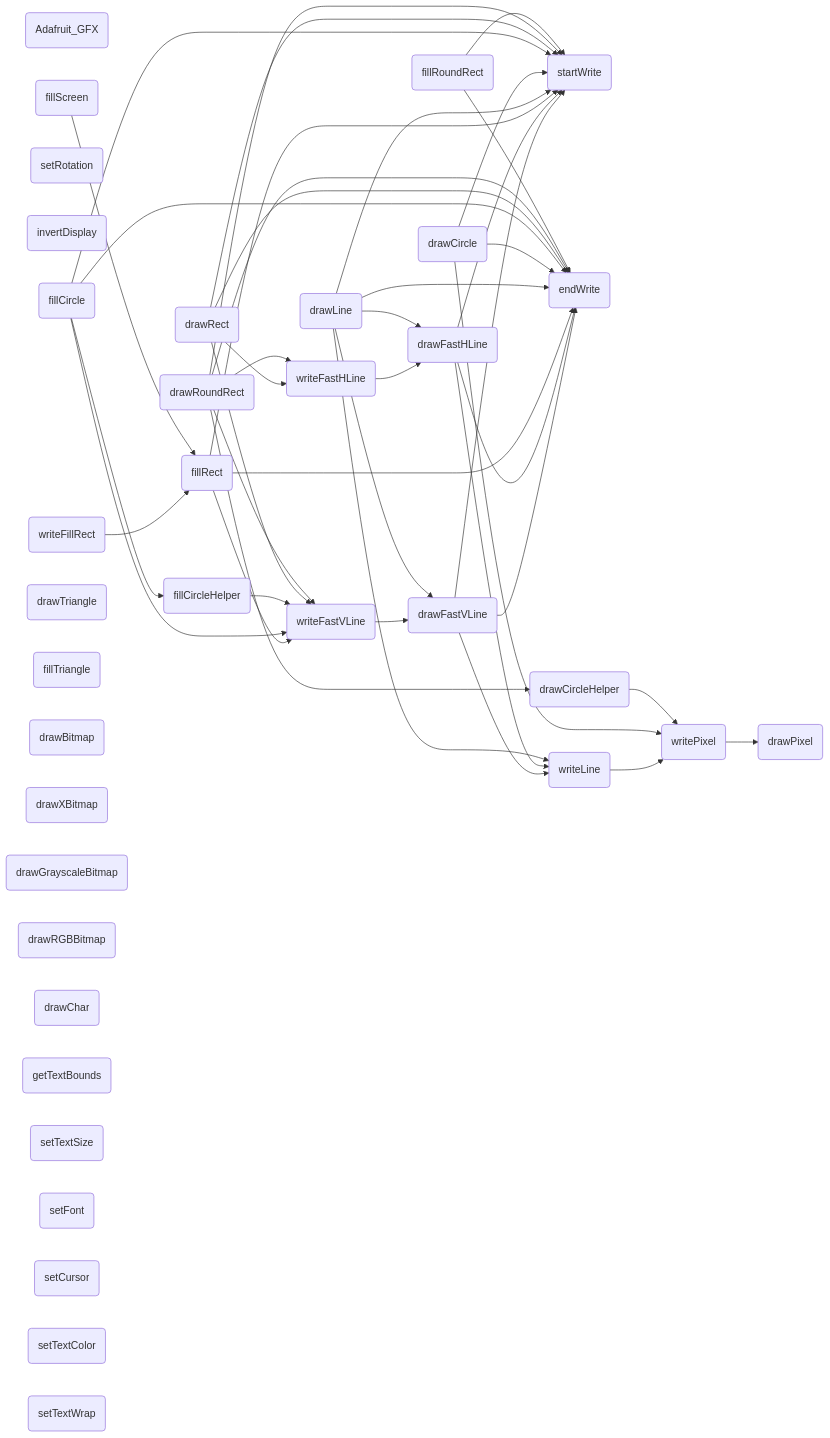
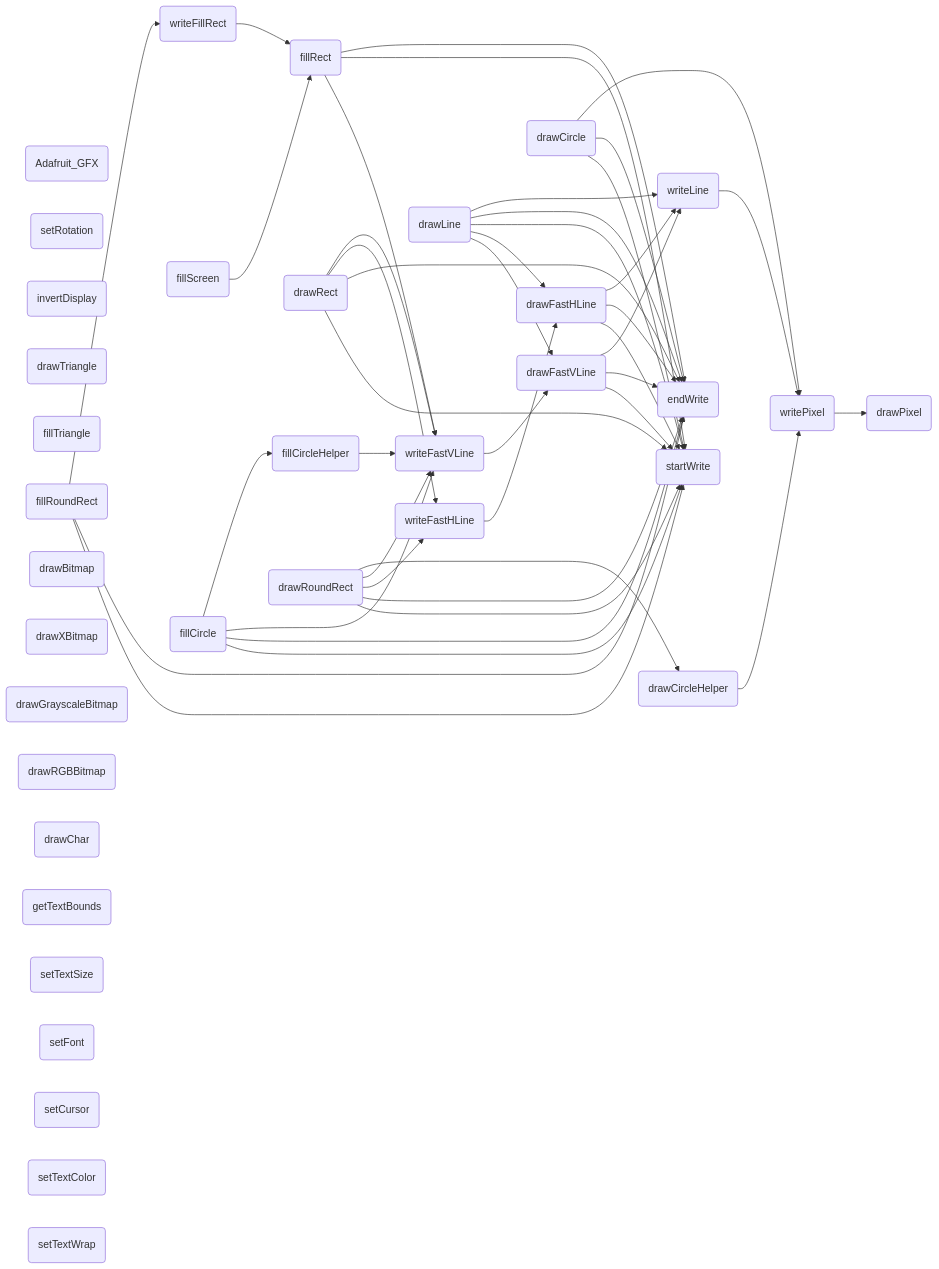
Before and after one commit to icodezhanglei/iodraw-files: the diagram in all/未命名.md, drawn with Mermaid.

Commit message:
2024-09-13 18:35:29 update

````diff
--- a/all/未命名.md
+++ b/all/未命名.md
@@ -1,62 +1,62 @@
 ```mermaid
 flowchart LR
 Adafruit_GF(Adafruit_GFX)
 drawPixel(drawPixel)
 startWrite(startWrite)
 endWrite(endWrite)
 writePixel(writePixel)
 writeFillRect(writeFillRect)
 writeFastVLine(writeFastVLine)
 writeFastHLine(writeFastHLine)
 writeLine(writeLine)
 setRotation(setRotation)
 invertDisplay(invertDisplay)
 drawFastVLine(drawFastVLine)
 drawFastHLine(drawFastHLine)
 fillRect(fillRect)
 fillScreen(fillScreen)
 drawLine(drawLine)
 drawRect(drawRect)
 drawCircle(drawCircle)
 drawCircleHelper(drawCircleHelper)
 fillCircle(fillCircle)
 fillCircleHelper(fillCircleHelper)
 drawTriangle(drawTriangle)
 fillTriangle(fillTriangle)
 drawRoundRect(drawRoundRect)
 fillRoundRect(fillRoundRect)
 drawBitmap(drawBitmap)
 drawXBitmap(drawXBitmap)
 drawGrayscaleBitmap(drawGrayscaleBitmap)
 drawRGBBitmap(drawRGBBitmap)
 drawChar(drawChar)
 getTextBounds(getTextBounds)
 setTextSize(setTextSize)
 setFont(setFont)
 setCursor(setCursor)
 setTextColor(setTextColor)
 setTextWrap(setTextWrap)
 
 writeLine --> writePixel --> drawPixel
 
 writeFastVLine --> drawFastVLine --> startWrite & endWrite
 drawFastVLine --> writeLine
 
 writeFastHLine --> drawFastHLine --> startWrite & endWrite
 drawFastHLine --> writeLine
 
 writeFillRect --> fillRect --> writeFastVLine & startWrite & endWrite
 
 fillScreen --> fillRect
 drawLine --> drawFastVLine & drawFastHLine & startWrite & endWrite & writeLine
 drawCircle --> startWrite & endWrite & writePixel
 drawCircleHelper --> writePixel
 fillCircle --> startWrite & endWrite & writeFastVLine & fillCircleHelper
 fillCircleHelper --> writeFastVLine
 drawRect --> startWrite & endWrite & writeFastHLine & writeFastVLine
 drawRoundRect --> startWrite & endWrite & writeFastHLine & writeFastVLine & drawCircleHelper
-fillRoundRect --> startWrite & endWrite
+fillRoundRect --> startWrite & endWrite & writeFillRect
 
 
 
 ```
````
